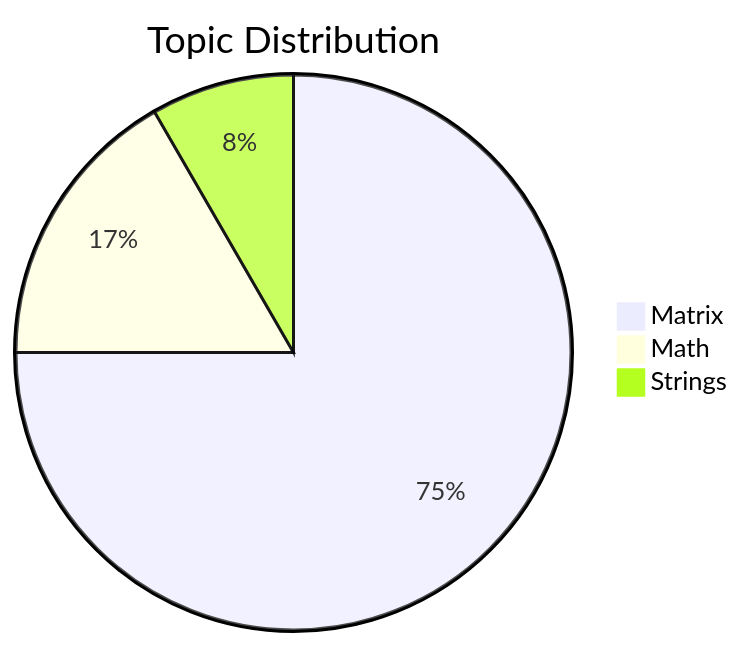
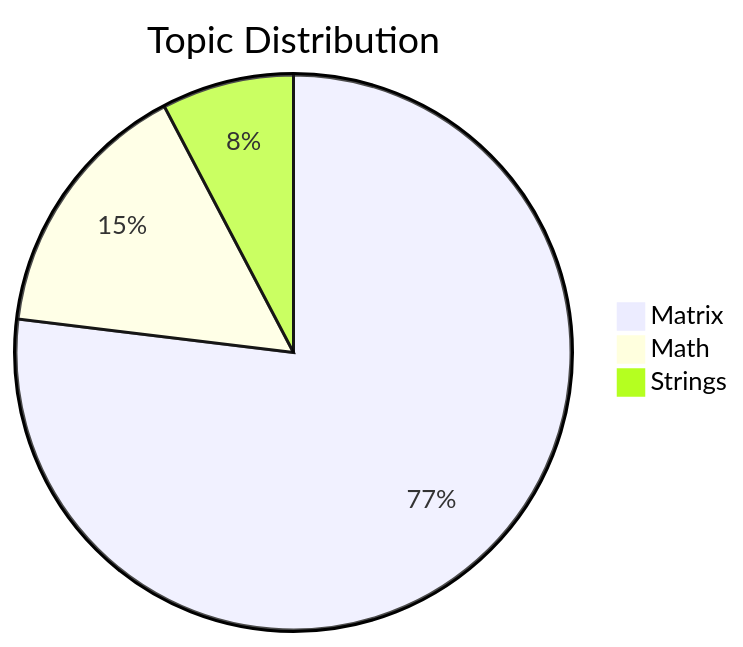
Before and after one commit to PrasannaTheBest/60-Days-Hell-Period: the second of 2 diagrams in README.md, drawn with Mermaid. The commit also changed other lines of this file, not shown here.

````diff
--- a/README.md
+++ b/README.md
@@ -73,6 +73,6 @@
 ```mermaid
 pie title Topic Distribution
-    "Matrix" : 9
+    "Matrix" : 10
     "Math" : 2
     "Strings" : 1
 ```
````
